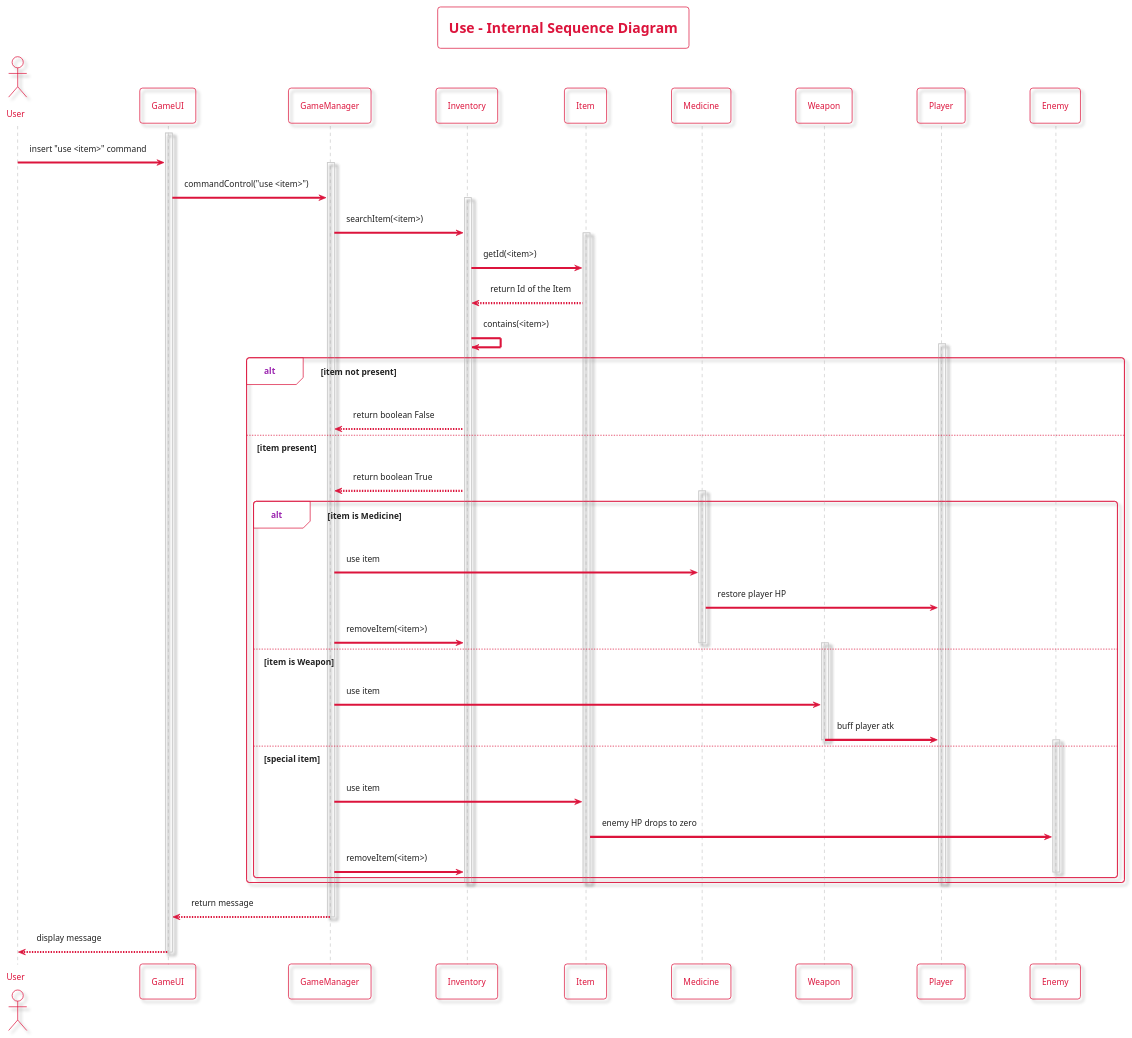
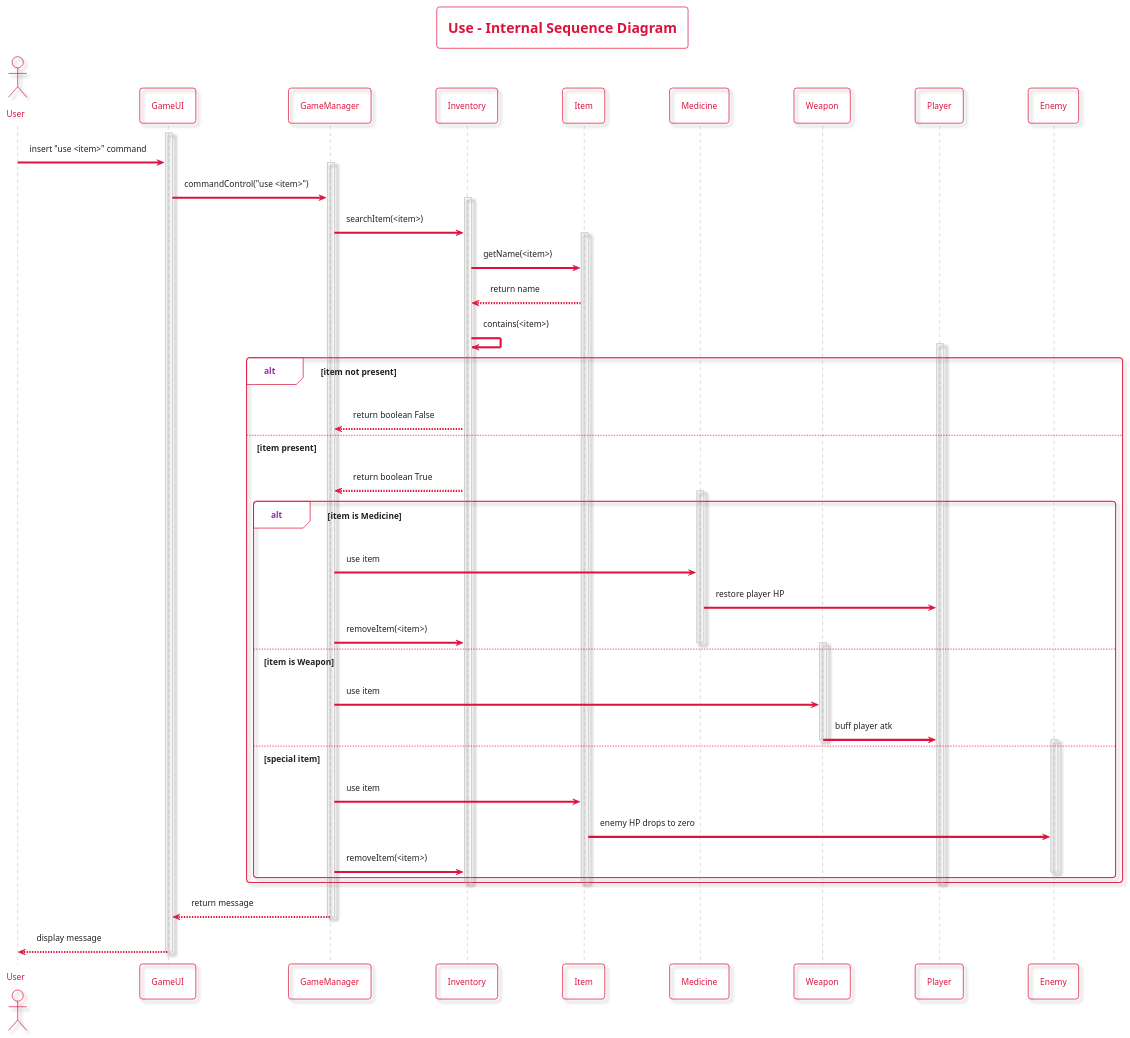
Before and after one commit to LimeiGuan/Text_Adventure_Game: the diagram in docs/uml/UseInternalSequenceDiagram.plantuml, drawn with PlantUML.

```diff
--- a/docs/uml/UseInternalSequenceDiagram.plantuml
+++ b/docs/uml/UseInternalSequenceDiagram.plantuml
@@ -1,87 +1,87 @@
 @startuml UseInternalSequenceDiagram
 
 !theme materia-outline
 
 skinparam ArrowColor #DC143C
 skinparam BackgroundColor #FFFFFF
 
 skinparam titleBorderColor #DC143C
 skinparam titleFontColor #DC143C
 
 skinparam ActorBorderColor #DC143C
 skinparam ActorFontColor #DC143C
 
 skinparam ParticipantFontColor #DC143C
 skinparam ParticipantBorderColor #DC143C
 
 skinparam SequenceGroupBorderColor #DC143C
 
 title Use - Internal Sequence Diagram
 
 actor User
 participant GameUI
 participant GameManager
 participant Inventory
 participant Item
 participant Medicine
 participant Weapon
 participant Player
 participant Enemy
 
 activate GameUI
 User -> GameUI : insert "use <item>" command
 
 activate GameManager
 GameUI -> GameManager : commandControl("use <item>")
 
 activate Inventory
 GameManager -> Inventory : searchItem(<item>)
 
 activate Item
-Inventory -> Item : getId(<item>)
-Item --> Inventory : return Id of the Item
+Inventory -> Item : getName(<item>)
+Item --> Inventory : return name
 
 Inventory -> Inventory : contains(<item>)
 activate Player
 
   alt item not present
     Inventory --> GameManager : return boolean False
 
   else item present
     Inventory --> GameManager : return boolean True
 
     alt item is Medicine
       activate Medicine
       GameManager -> Medicine : use item
       Medicine -> Player : restore player HP
       GameManager -> Inventory : removeItem(<item>)
       deactivate Medicine
 
     else item is Weapon
       activate Weapon
       GameManager -> Weapon : use item
       Weapon -> Player : buff player atk
       deactivate Weapon
 
     else special item
       activate Enemy
       GameManager -> Item : use item
       Item -> Enemy : enemy HP drops to zero
       GameManager -> Inventory : removeItem(<item>)
       deactivate Enemy
     
     end
 
     deactivate Player
     deactivate Item
     deactivate Inventory
 
   end
 
 
 GameManager --> GameUI : return message
 deactivate GameManager
 GameUI --> User : display message 
 deactivate GameUI
 
 @enduml
```
